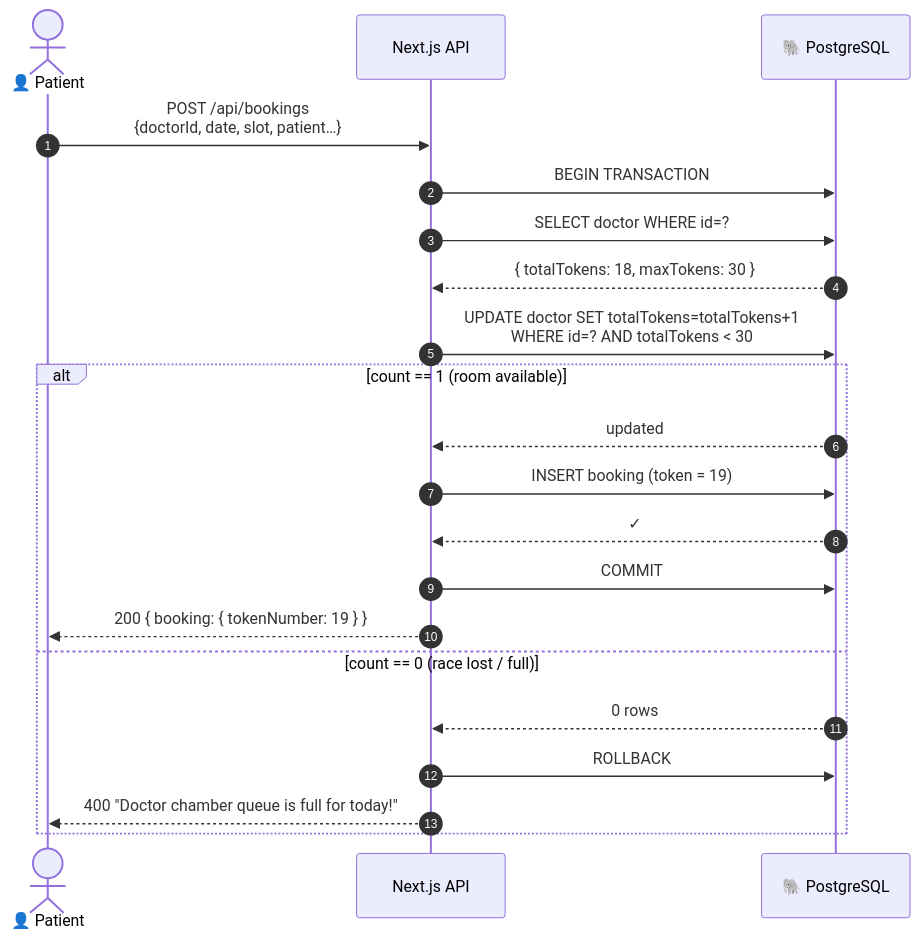
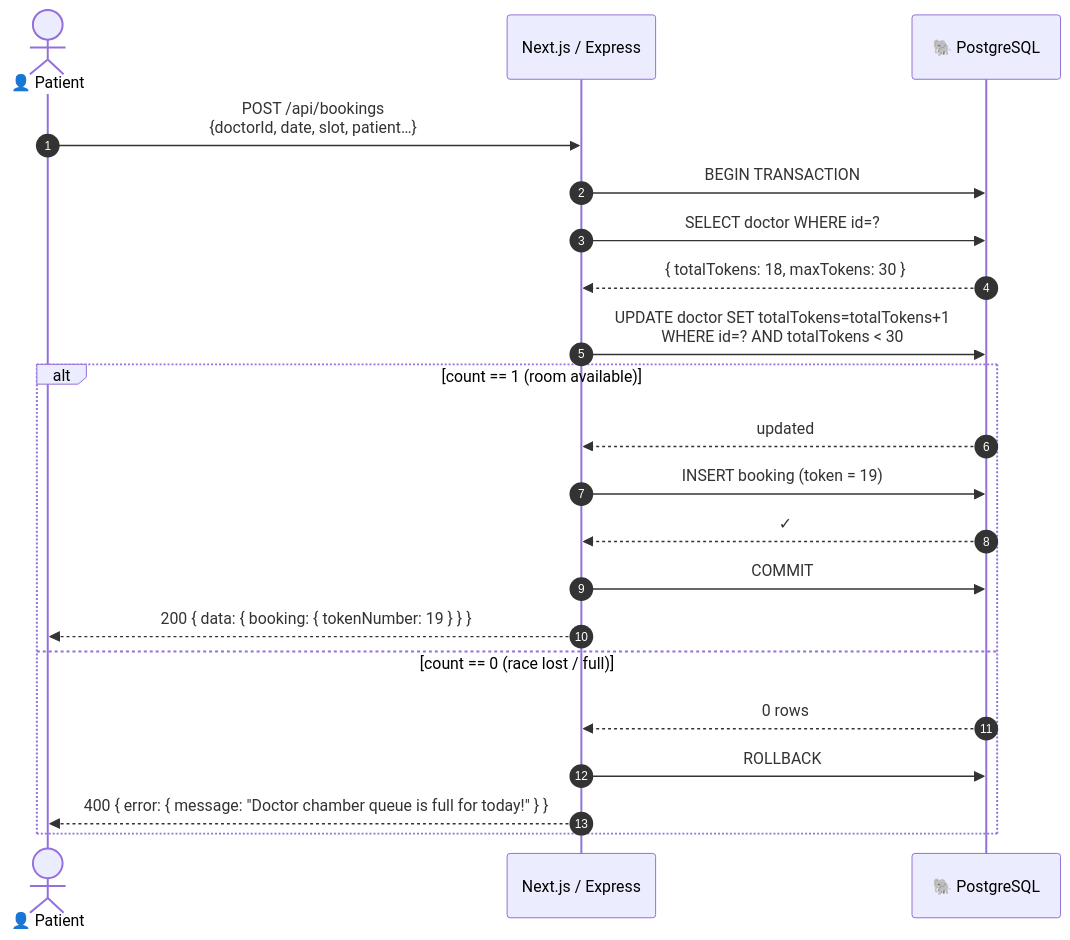
One commit to soumyachk101/DocContact changed the third of 14 diagrams in README.md. Above: the diagram before and after it, drawn with Mermaid. The commit also changed other lines of this file, not shown here.

````diff
--- a/README.md
+++ b/README.md
@@ -300,24 +334,24 @@
 ```mermaid
 sequenceDiagram
     autonumber
     actor User as 👤 Patient
-    participant FE as Next.js API
+    participant FE as Next.js / Express
     participant DB as 🐘 PostgreSQL
 
     User->>FE: POST /api/bookings<br/>{doctorId, date, slot, patient…}
     FE->>DB: BEGIN TRANSACTION
     FE->>DB: SELECT doctor WHERE id=?
     DB-->>FE: { totalTokens: 18, maxTokens: 30 }
     FE->>DB: UPDATE doctor SET totalTokens=totalTokens+1<br/>WHERE id=? AND totalTokens < 30
     alt count == 1 (room available)
         DB-->>FE: updated
         FE->>DB: INSERT booking (token = 19)
         DB-->>FE: ✓
         FE->>DB: COMMIT
-        FE-->>User: 200 { booking: { tokenNumber: 19 } }
+        FE-->>User: 200 { data: { booking: { tokenNumber: 19 } } }
     else count == 0 (race lost / full)
         DB-->>FE: 0 rows
         FE->>DB: ROLLBACK
-        FE-->>User: 400 "Doctor chamber queue is full for today!"
+        FE-->>User: 400 { error: { message: "Doctor chamber queue is full for today!" } }
     end
 ```
````
